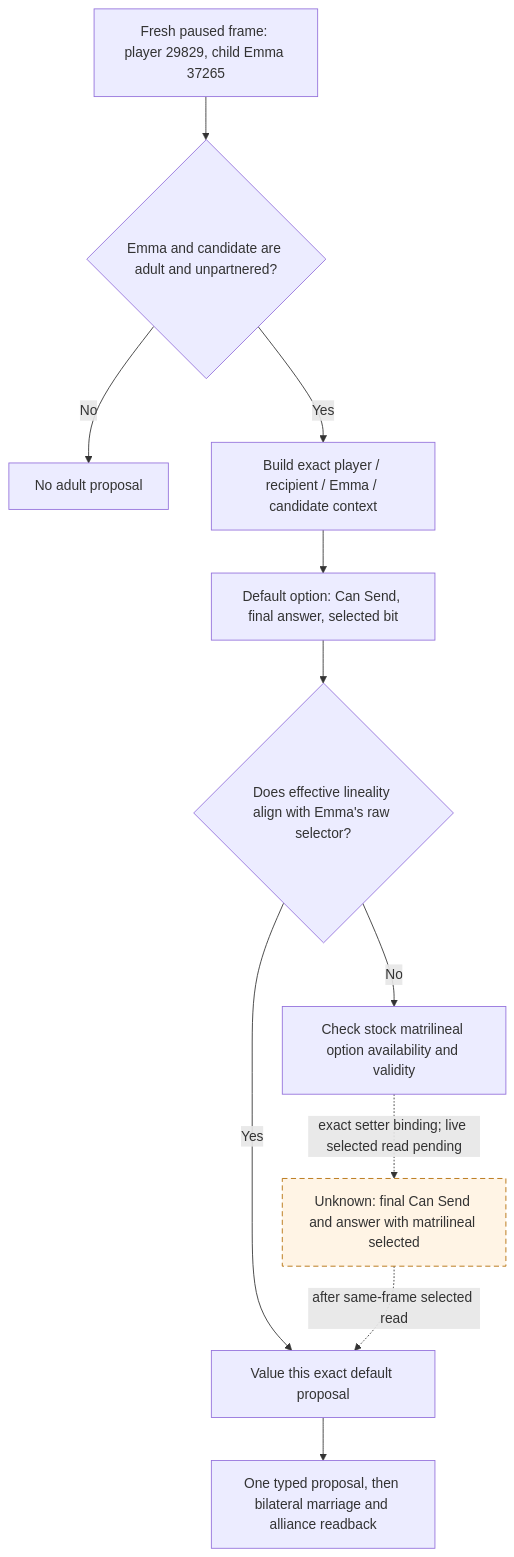
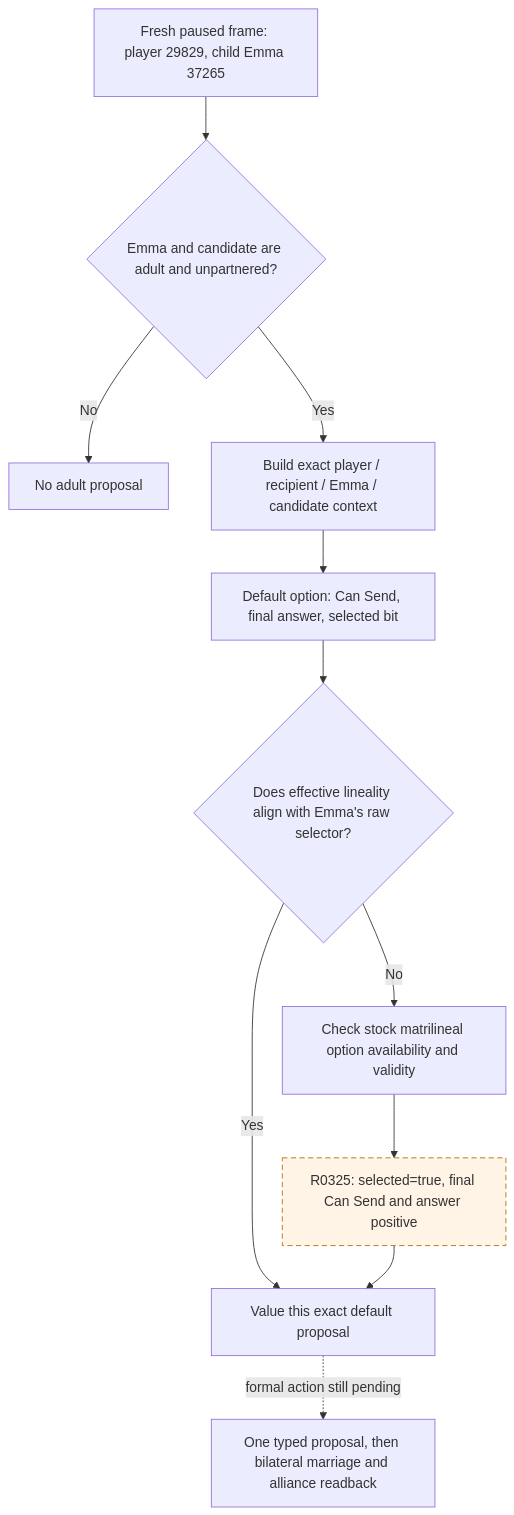
Before and after one commit to XenoAmess/ck3_eternal_recurrence: the second of 2 diagrams in docs/ck3-native-ai/emma-matrilineal-option-2026-09-28.md, drawn with Mermaid. The commit also changed other lines of this file and 14 other files, not shown here.

Commit message:
NW-FAMILY: Submit selected child marriage privately

````diff
--- a/docs/ck3-native-ai/emma-matrilineal-option-2026-09-28.md
+++ b/docs/ck3-native-ai/emma-matrilineal-option-2026-09-28.md
@@ -50,15 +52,15 @@
 ```mermaid
 flowchart TD
     A["Fresh paused frame: player 29829, child Emma 37265"] --> B{"Emma and candidate are adult and unpartnered?"}
     B -->|No| X["No adult proposal"]
     B -->|Yes| C["Build exact player / recipient / Emma / candidate context"]
     C --> D["Default option: Can Send, final answer, selected bit"]
     D --> E{"Does effective lineality align with Emma's raw selector?"}
     E -->|Yes| V["Value this exact default proposal"]
     E -->|No| F["Check stock matrilineal option availability and validity"]
-    F -. "exact setter binding; live selected read pending" .-> U["Unknown: final Can Send and answer with matrilineal selected"]
-    U -. "after same-frame selected read" .-> V
-    V --> P["One typed proposal, then bilateral marriage and alliance readback"]
+    F --> U["R0325: selected=true, final Can Send and answer positive"]
+    U --> V
+    V -. "formal action still pending" .-> P["One typed proposal, then bilateral marriage and alliance readback"]
     classDef unknown stroke-dasharray:6 4,fill:#fff4e5,stroke:#b36b00;
     class U unknown;
 ```
````
